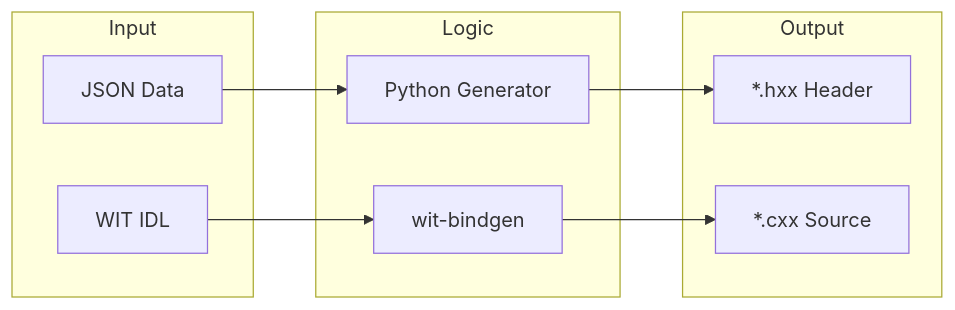
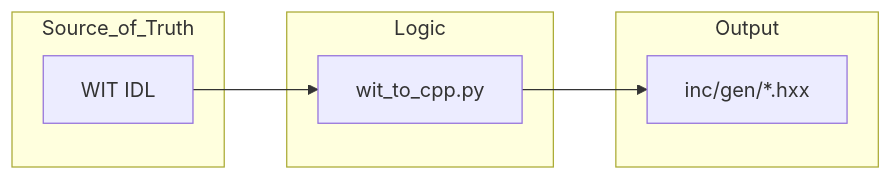
One commit to kmt-t/fireball changed the diagram in .agent/skills/code_generator/SKILL.md. Above: the diagram before and after it, drawn with Mermaid. The commit also changed other lines of this file and 27 other files, not shown here.

````diff
--- a/.agent/skills/code_generator/SKILL.md
+++ b/.agent/skills/code_generator/SKILL.md
@@ -19,20 +19,15 @@
 ```mermaid
 graph LR
-    subgraph Input
-        JSON[JSON Data]
+    subgraph Source_of_Truth
         WIT[WIT IDL]
     end
     subgraph Logic
-        Python[Python Generator]
-        Bindgen[wit-bindgen]
+        Python[wit_to_cpp.py]
     end
     subgraph Output
-        Header[*.hxx Header]
-        Source[*.cxx Source]
+        Header[inc/gen/*.hxx]
     end
 
-    JSON --> Python
-    WIT --> Bindgen
+    WIT --> Python
     Python --> Header
-    Bindgen --> Source
 ```
````
